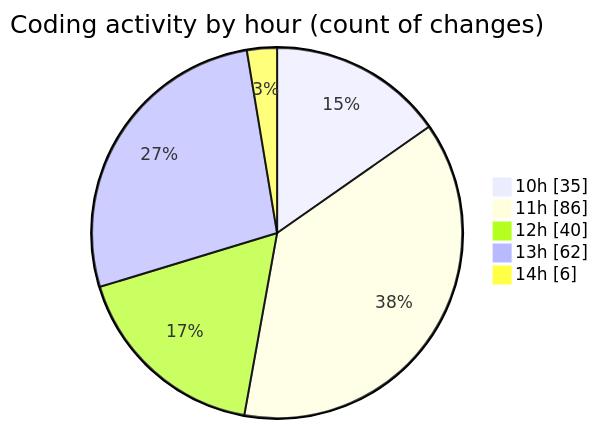
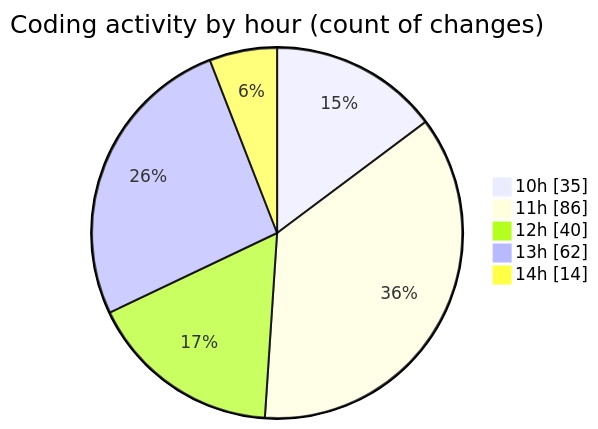
One commit to momahboobian/code-tracking changed the second of 2 diagrams in 2025-03-28/cda/README.md. Above: the diagram before and after it, drawn with Mermaid. The commit also changed other lines of this file and 1 other file, not shown here.

````diff
--- a/2025-03-28/cda/README.md
+++ b/2025-03-28/cda/README.md
@@ -36,9 +36,9 @@
 ```mermaid
 pie showData
 title Coding activity by hour (count of changes)
 "10h" : 35
 "11h" : 86
 "12h" : 40
 "13h" : 62
-"14h" : 6
+"14h" : 14
 ```
````
